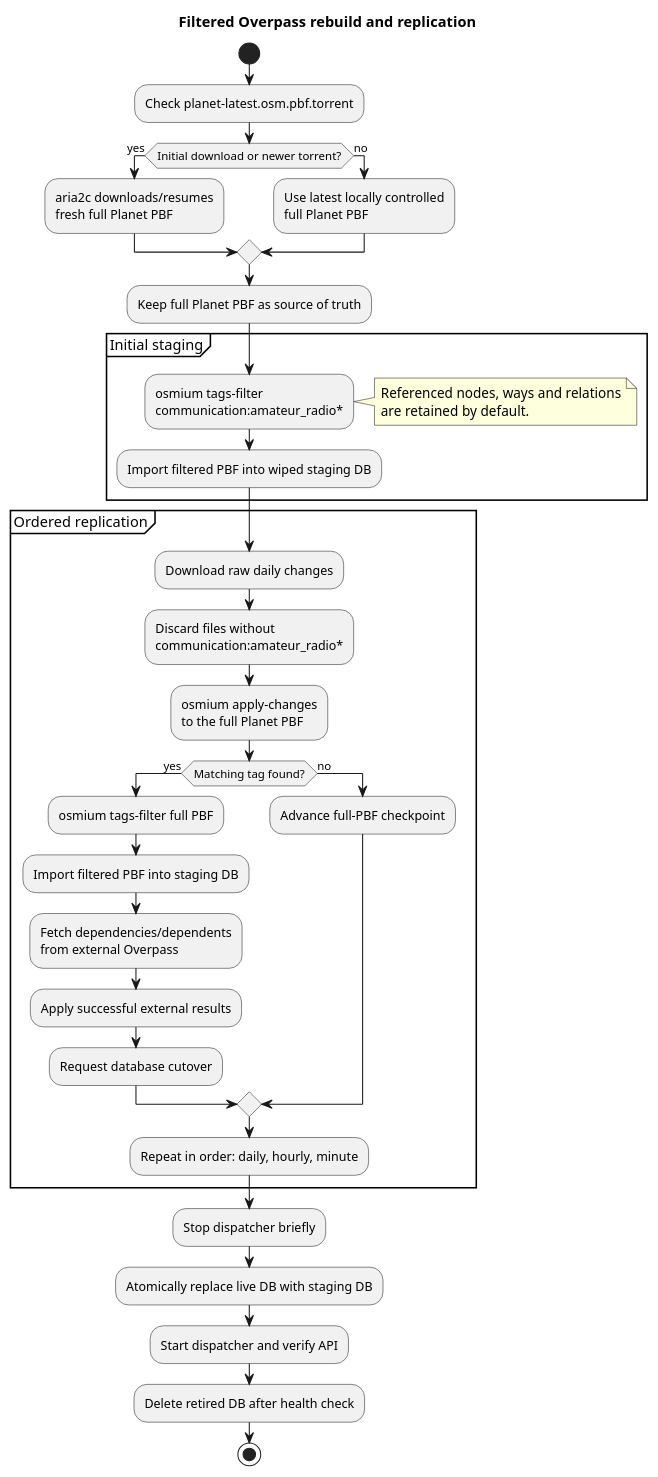
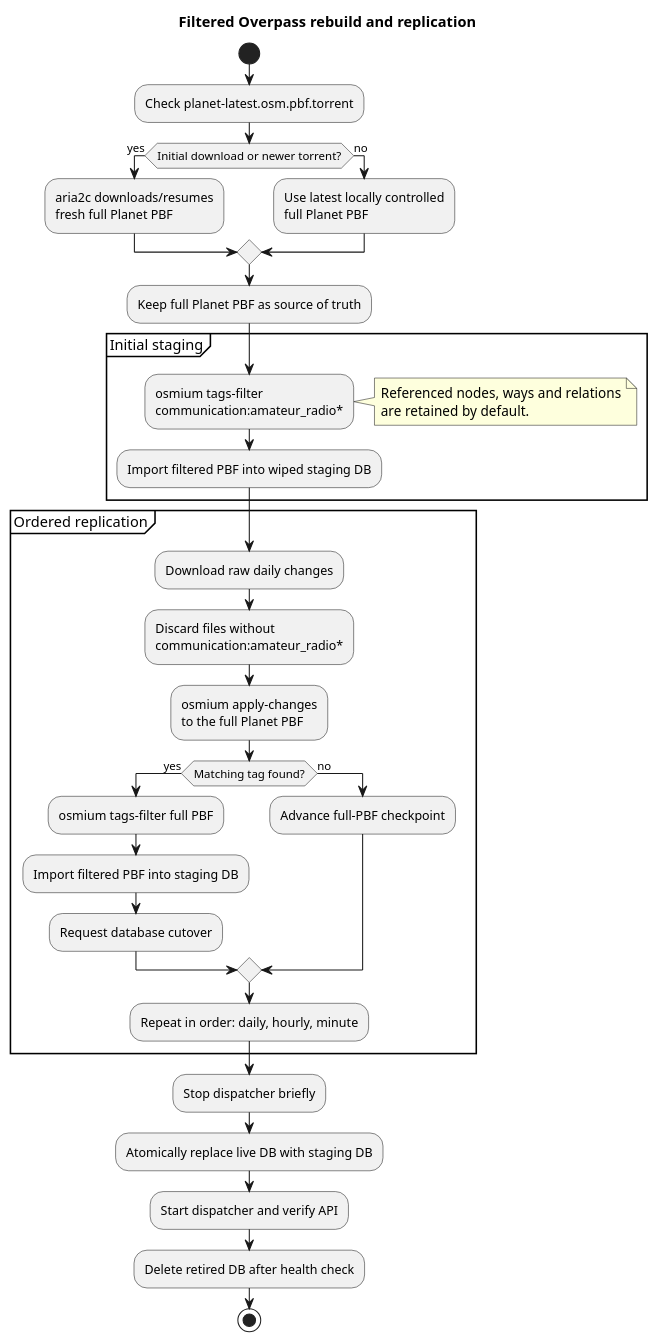
Before and after one commit to ea7klk/overpass-radio-replication-server: the diagram in docs/architecture.puml, drawn with PlantUML. The commit also changed 5 other files, not shown here.

```diff
--- a/docs/architecture.puml
+++ b/docs/architecture.puml
@@ -1,51 +1,48 @@
 @startuml
 title Filtered Overpass rebuild and replication
 skinparam shadowing false
 skinparam componentStyle rectangle
 
 start
 :Check planet-latest.osm.pbf.torrent;
 if (Initial download or newer torrent?) then (yes)
   :aria2c downloads/resumes
   fresh full Planet PBF;
 else (no)
   :Use latest locally controlled
   full Planet PBF;
 endif
 :Keep full Planet PBF as source of truth;
 
 partition "Initial staging" {
   :osmium tags-filter
   communication:amateur_radio*;
   note right
     Referenced nodes, ways and relations
     are retained by default.
   end note
   :Import filtered PBF into wiped staging DB;
 }
 
 partition "Ordered replication" {
   :Download raw daily changes;
   :Discard files without
   communication:amateur_radio*;
   :osmium apply-changes
   to the full Planet PBF;
   if (Matching tag found?) then (yes)
     :osmium tags-filter full PBF;
     :Import filtered PBF into staging DB;
-    :Fetch dependencies/dependents
-    from external Overpass;
-    :Apply successful external results;
     :Request database cutover;
   else (no)
     :Advance full-PBF checkpoint;
   endif
   :Repeat in order: daily, hourly, minute;
 }
 
 :Stop dispatcher briefly;
 :Atomically replace live DB with staging DB;
 :Start dispatcher and verify API;
 :Delete retired DB after health check;
 stop
 @enduml
```
